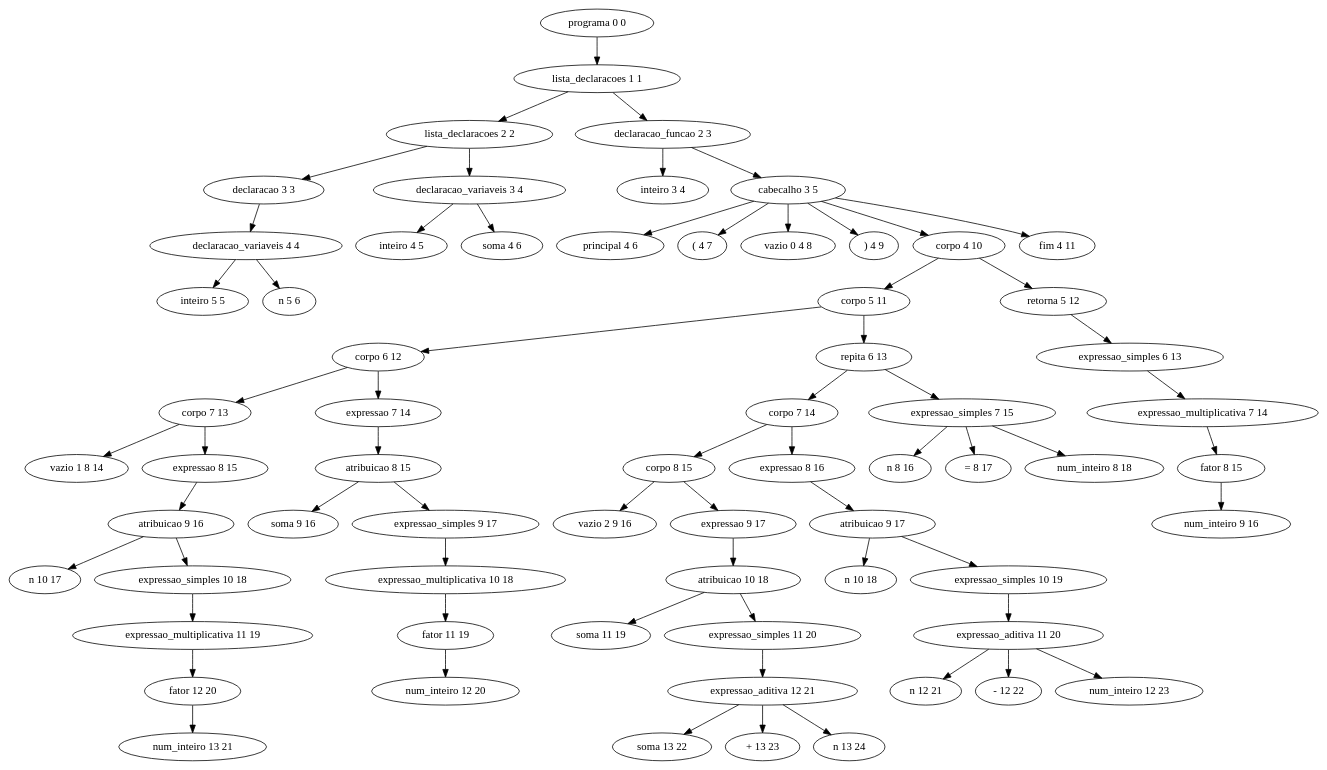
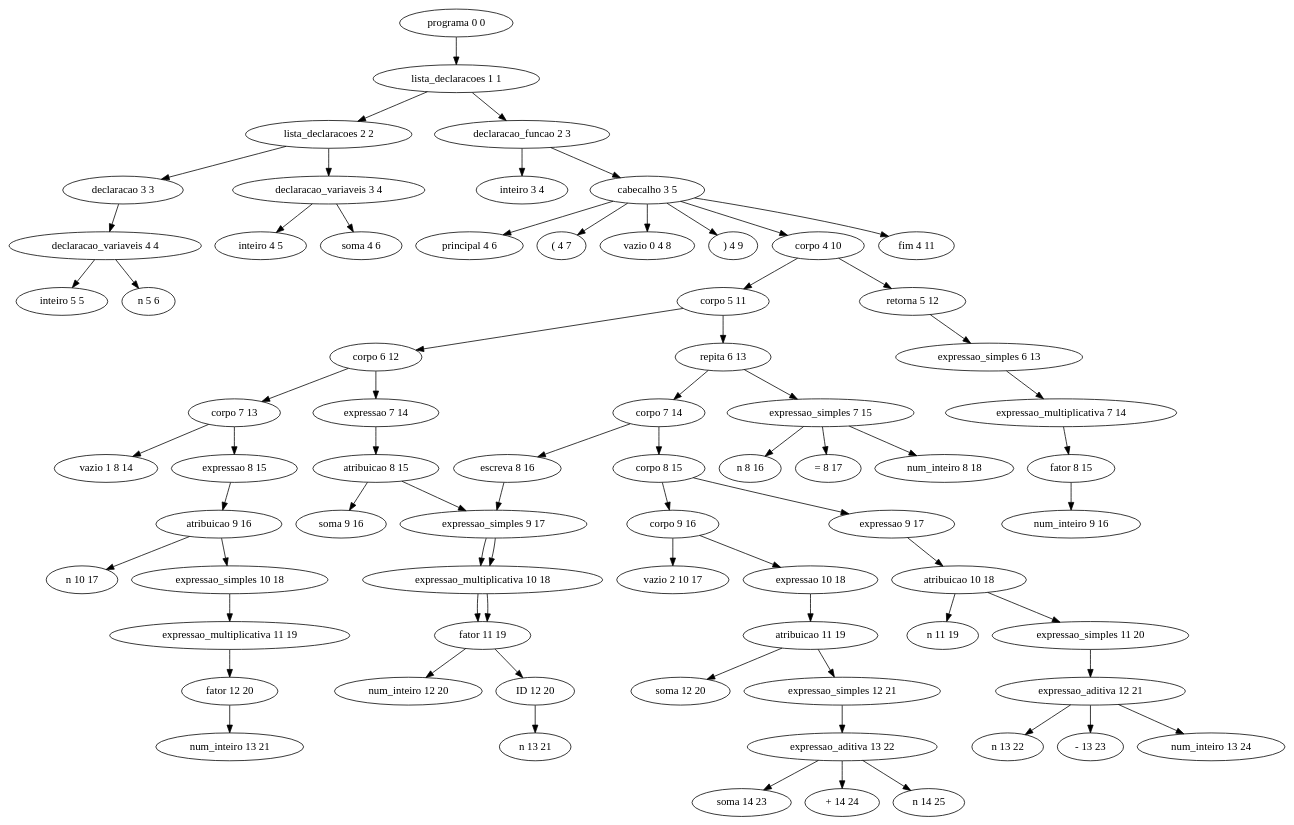
Before and after one commit to HenriqueRicardoFigueira/compila: the diagram in compilador/Saidas/QUBRAnozesgencode-004.tpp.gv, drawn with Graphviz. The commit also changed 6 other files, not shown here.

```diff
--- a/compilador/Saidas/QUBRAnozesgencode-004.tpp.gv
+++ b/compilador/Saidas/QUBRAnozesgencode-004.tpp.gv
@@ -1,67 +1,74 @@
 digraph G {
 	"programa 0 0" -> "lista_declaracoes 1 1"
 	"lista_declaracoes 1 1" -> "lista_declaracoes 2 2"
 	"lista_declaracoes 2 2" -> "declaracao 3 3"
 	"declaracao 3 3" -> "declaracao_variaveis 4 4"
 	"declaracao_variaveis 4 4" -> "inteiro 5 5"
 	"declaracao_variaveis 4 4" -> "n 5 6"
 	"lista_declaracoes 2 2" -> "declaracao_variaveis 3 4"
 	"declaracao_variaveis 3 4" -> "inteiro 4 5"
 	"declaracao_variaveis 3 4" -> "soma 4 6"
 	"lista_declaracoes 1 1" -> "declaracao_funcao 2 3"
 	"declaracao_funcao 2 3" -> "inteiro 3 4"
 	"declaracao_funcao 2 3" -> "cabecalho 3 5"
 	"cabecalho 3 5" -> "principal 4 6"
 	"cabecalho 3 5" -> "( 4 7"
 	"cabecalho 3 5" -> "vazio 0 4 8"
 	"cabecalho 3 5" -> ") 4 9"
 	"cabecalho 3 5" -> "corpo 4 10"
 	"corpo 4 10" -> "corpo 5 11"
 	"corpo 5 11" -> "corpo 6 12"
 	"corpo 6 12" -> "corpo 7 13"
 	"corpo 7 13" -> "vazio 1 8 14"
 	"corpo 7 13" -> "expressao 8 15"
 	"expressao 8 15" -> "atribuicao 9 16"
 	"atribuicao 9 16" -> "n 10 17"
 	"atribuicao 9 16" -> "expressao_simples 10 18"
 	"expressao_simples 10 18" -> "expressao_multiplicativa 11 19"
 	"expressao_multiplicativa 11 19" -> "fator 12 20"
 	"fator 12 20" -> "num_inteiro 13 21"
 	"corpo 6 12" -> "expressao 7 14"
 	"expressao 7 14" -> "atribuicao 8 15"
 	"atribuicao 8 15" -> "soma 9 16"
 	"atribuicao 8 15" -> "expressao_simples 9 17"
 	"expressao_simples 9 17" -> "expressao_multiplicativa 10 18"
 	"expressao_multiplicativa 10 18" -> "fator 11 19"
 	"fator 11 19" -> "num_inteiro 12 20"
 	"corpo 5 11" -> "repita 6 13"
 	"repita 6 13" -> "corpo 7 14"
 	"corpo 7 14" -> "corpo 8 15"
-	"corpo 8 15" -> "vazio 2 9 16"
+	"corpo 8 15" -> "corpo 9 16"
+	"corpo 9 16" -> "vazio 2 10 17"
+	"corpo 9 16" -> "expressao 10 18"
+	"expressao 10 18" -> "atribuicao 11 19"
+	"atribuicao 11 19" -> "soma 12 20"
+	"atribuicao 11 19" -> "expressao_simples 12 21"
+	"expressao_simples 12 21" -> "expressao_aditiva 13 22"
+	"expressao_aditiva 13 22" -> "soma 14 23"
+	"expressao_aditiva 13 22" -> "+ 14 24"
+	"expressao_aditiva 13 22" -> "n 14 25"
 	"corpo 8 15" -> "expressao 9 17"
 	"expressao 9 17" -> "atribuicao 10 18"
-	"atribuicao 10 18" -> "soma 11 19"
+	"atribuicao 10 18" -> "n 11 19"
 	"atribuicao 10 18" -> "expressao_simples 11 20"
 	"expressao_simples 11 20" -> "expressao_aditiva 12 21"
-	"expressao_aditiva 12 21" -> "soma 13 22"
-	"expressao_aditiva 12 21" -> "+ 13 23"
-	"expressao_aditiva 12 21" -> "n 13 24"
-	"corpo 7 14" -> "expressao 8 16"
-	"expressao 8 16" -> "atribuicao 9 17"
-	"atribuicao 9 17" -> "n 10 18"
-	"atribuicao 9 17" -> "expressao_simples 10 19"
-	"expressao_simples 10 19" -> "expressao_aditiva 11 20"
-	"expressao_aditiva 11 20" -> "n 12 21"
-	"expressao_aditiva 11 20" -> "- 12 22"
-	"expressao_aditiva 11 20" -> "num_inteiro 12 23"
+	"expressao_aditiva 12 21" -> "n 13 22"
+	"expressao_aditiva 12 21" -> "- 13 23"
+	"expressao_aditiva 12 21" -> "num_inteiro 13 24"
+	"corpo 7 14" -> "escreva 8 16"
+	"escreva 8 16" -> "expressao_simples 9 17"
+	"expressao_simples 9 17" -> "expressao_multiplicativa 10 18"
+	"expressao_multiplicativa 10 18" -> "fator 11 19"
+	"fator 11 19" -> "ID 12 20"
+	"ID 12 20" -> "n 13 21"
 	"repita 6 13" -> "expressao_simples 7 15"
 	"expressao_simples 7 15" -> "n 8 16"
 	"expressao_simples 7 15" -> "= 8 17"
 	"expressao_simples 7 15" -> "num_inteiro 8 18"
 	"corpo 4 10" -> "retorna 5 12"
 	"retorna 5 12" -> "expressao_simples 6 13"
 	"expressao_simples 6 13" -> "expressao_multiplicativa 7 14"
 	"expressao_multiplicativa 7 14" -> "fator 8 15"
 	"fator 8 15" -> "num_inteiro 9 16"
 	"cabecalho 3 5" -> "fim 4 11"
 }
```
